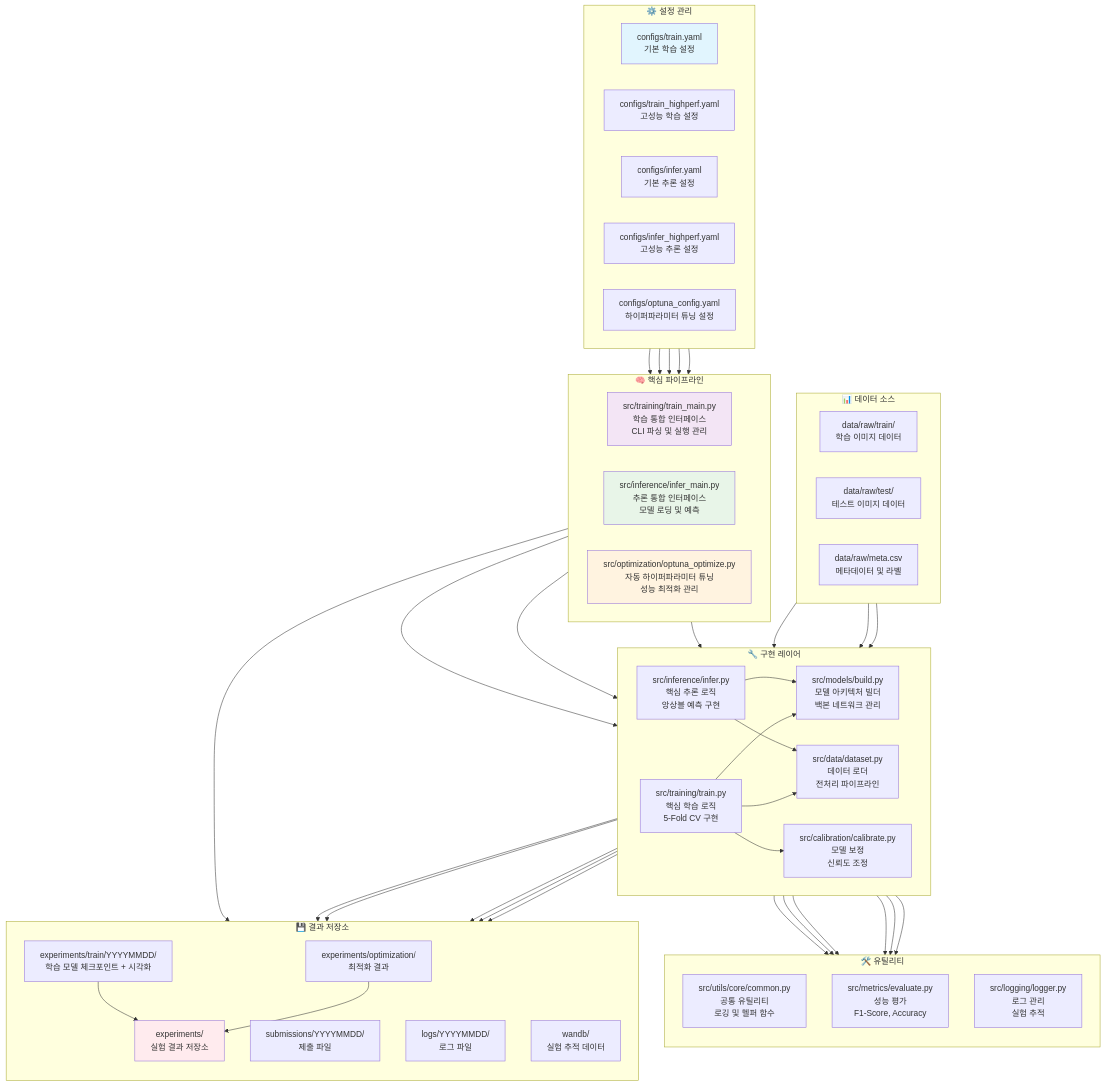
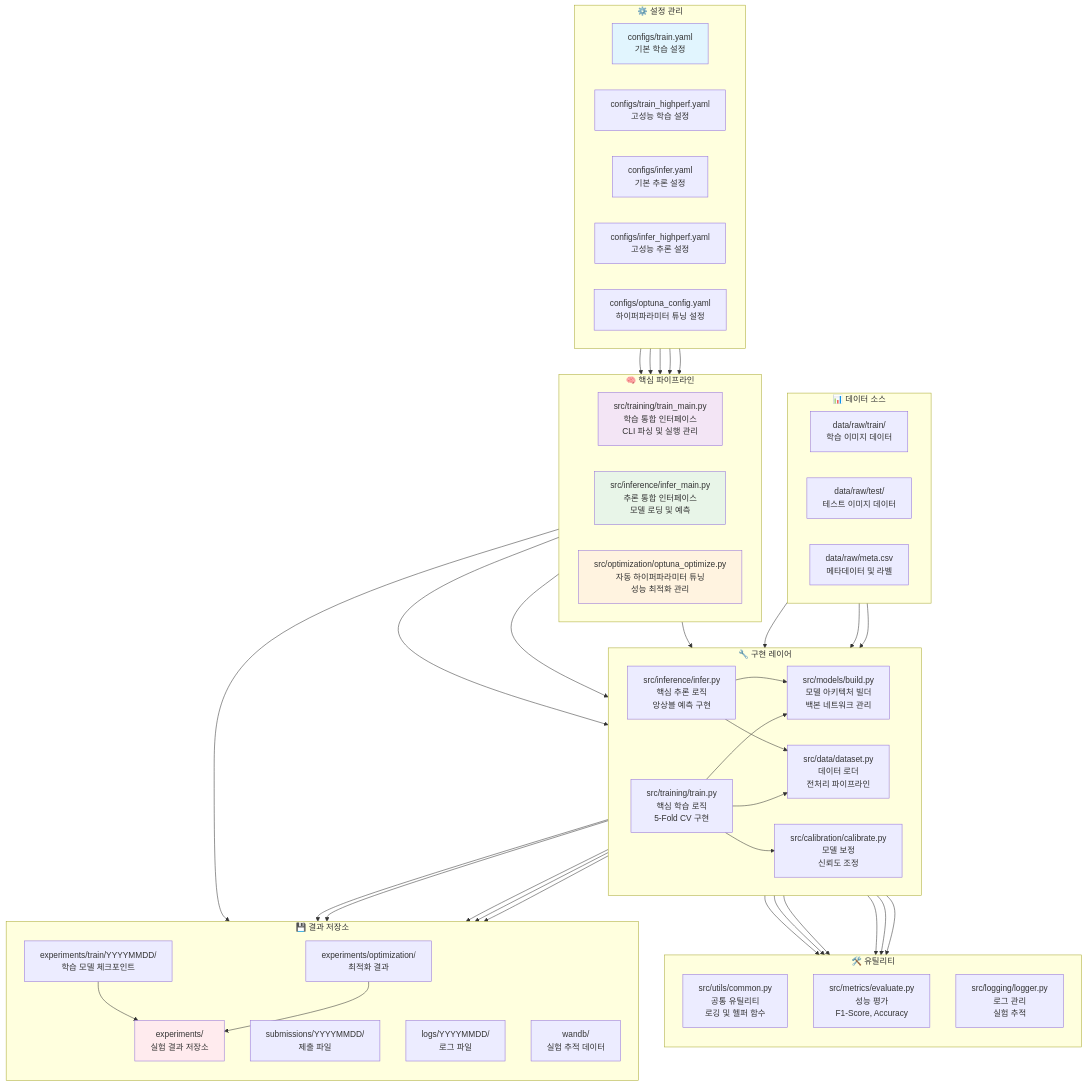
Before and after one commit to nimnusmik/CV_documents_classification_competition: the third of 3 diagrams in docs/전체_파이프라인_가이드.md, drawn with Mermaid. The commit also changed other lines of this file and 3 other files, not shown here.

```diff
--- a/docs/전체_파이프라인_가이드.md
+++ b/docs/전체_파이프라인_가이드.md
@@ -142,7 +142,7 @@
     
     subgraph "🛠️ 유틸리티"
         direction TB
-        UTILS[src/utils/core/common.py<br/>공통 유틸리티<br/>로깅 및 헬퍼 함수]
+        UTILS[src/utils/common.py<br/>공통 유틸리티<br/>로깅 및 헬퍼 함수]
         METRICS[src/metrics/evaluate.py<br/>성능 평가<br/>F1-Score, Accuracy]
         LOGGING[src/logging/logger.py<br/>로그 관리<br/>실험 추적]
     end
@@ -150,7 +150,7 @@
     subgraph "💾 결과 저장소"
         direction TB
         EXPERIMENTS[experiments/<br/>실험 결과 저장소]
-        TRAIN_EXP[experiments/train/YYYYMMDD/<br/>학습 모델 체크포인트 + 시각화]
+        TRAIN_EXP[experiments/train/YYYYMMDD/<br/>학습 모델 체크포인트]
         OPT_EXP[experiments/optimization/<br/>최적화 결과]
         SUBMISSIONS[submissions/YYYYMMDD/<br/>제출 파일]
         LOGS_DIR[logs/YYYYMMDD/<br/>로그 파일]
```
